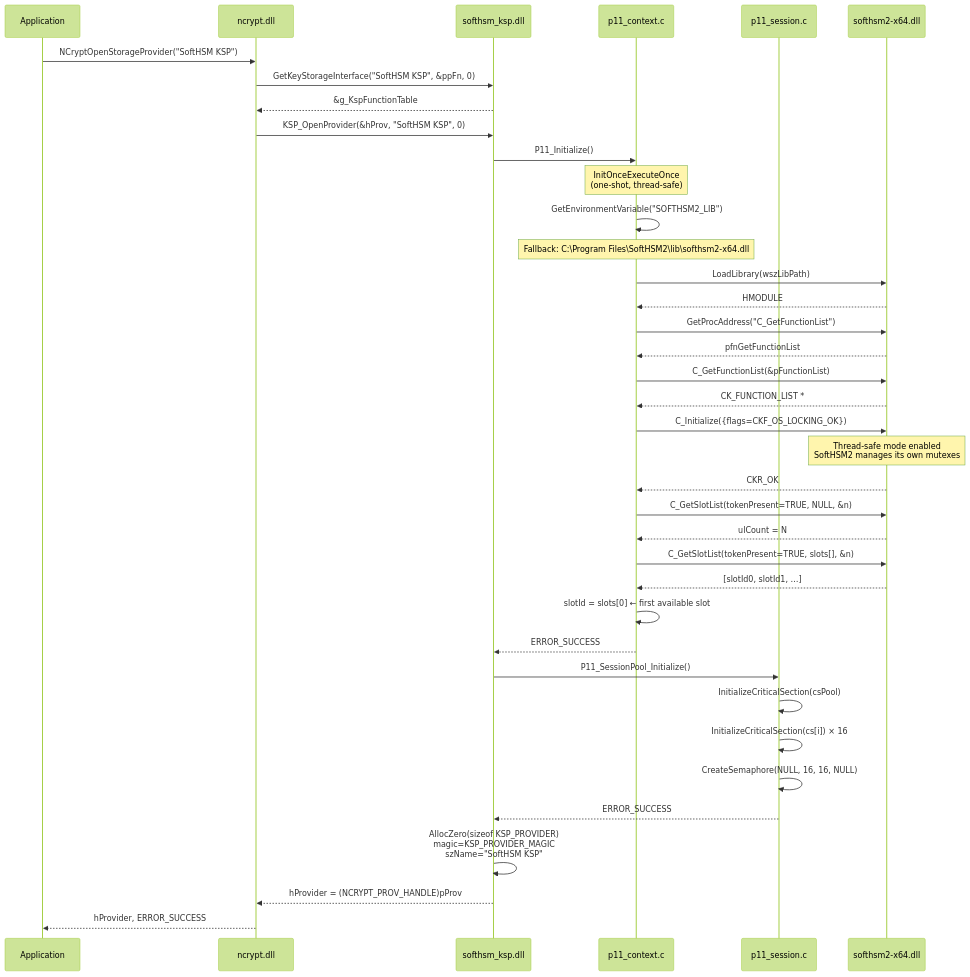
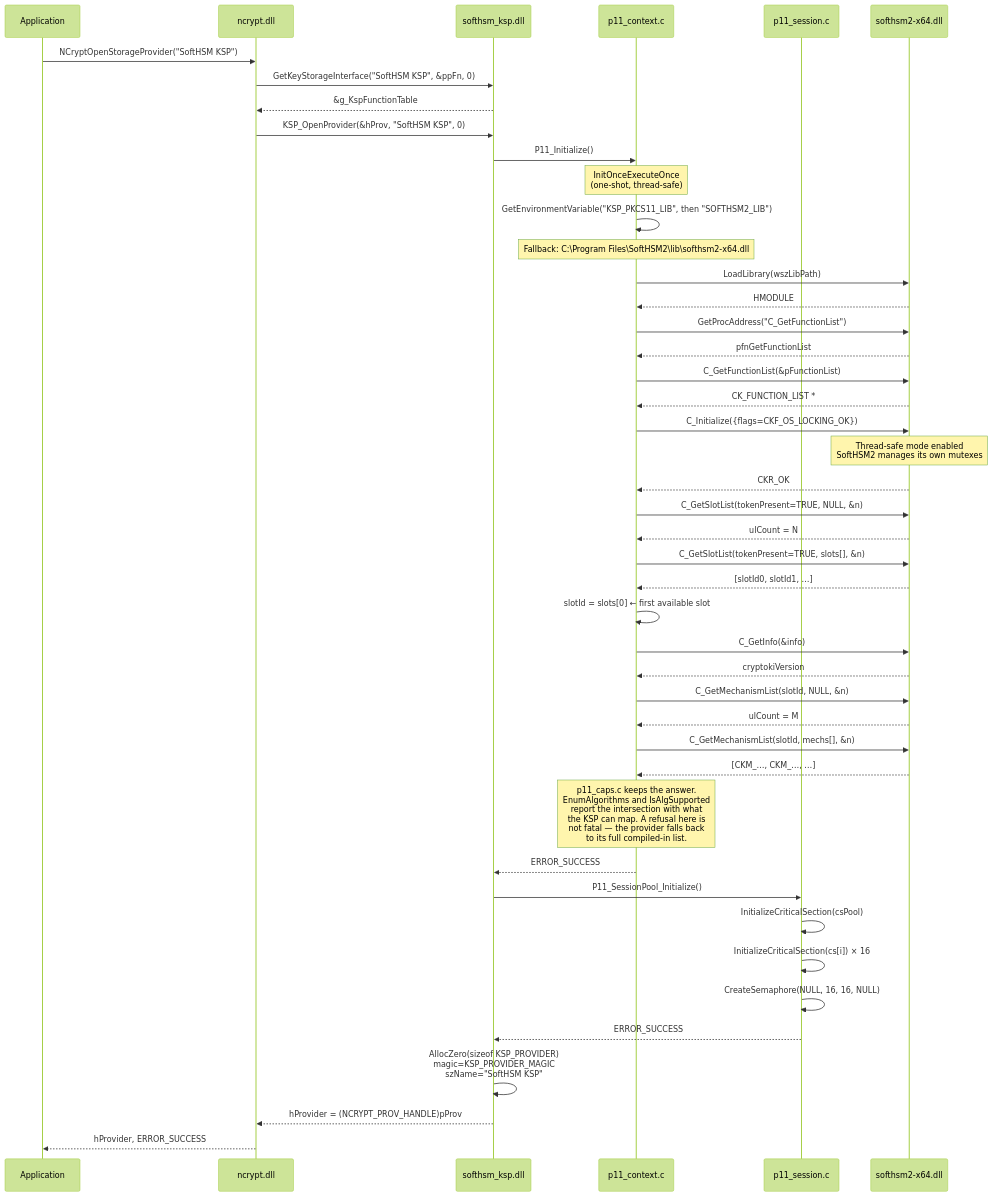
One commit to Gaillotte/Noida changed the first of 4 diagrams in softhsm_ksp/docs/02-initialisation.md. Above: the diagram before and after it, drawn with Mermaid (forest theme). The commit also changed other lines of this file and 31 other files, not shown here.

First line of the commit message:
Phase 4: ask the token what it can do, and reach ML-DSA when it can

````diff
--- a/softhsm_ksp/docs/02-initialisation.md
+++ b/softhsm_ksp/docs/02-initialisation.md
@@ -14,53 +14,64 @@
 ```mermaid
 sequenceDiagram
     participant App as Application
     participant NCrypt as ncrypt.dll
     participant KSP as softhsm_ksp.dll
     participant P11Ctx as p11_context.c
     participant Pool as p11_session.c
     participant HSM as softhsm2-x64.dll
 
     App->>NCrypt: NCryptOpenStorageProvider("SoftHSM KSP")
     NCrypt->>KSP: GetKeyStorageInterface("SoftHSM KSP", &ppFn, 0)
     KSP-->>NCrypt: &g_KspFunctionTable
 
     NCrypt->>KSP: KSP_OpenProvider(&hProv, "SoftHSM KSP", 0)
 
     KSP->>P11Ctx: P11_Initialize()
     note over P11Ctx: InitOnceExecuteOnce<br/>(one-shot, thread-safe)
 
-    P11Ctx->>P11Ctx: GetEnvironmentVariable("SOFTHSM2_LIB")
+    P11Ctx->>P11Ctx: GetEnvironmentVariable("KSP_PKCS11_LIB", then "SOFTHSM2_LIB")
     note over P11Ctx: Fallback: C:\Program Files\SoftHSM2\lib\softhsm2-x64.dll
 
     P11Ctx->>HSM: LoadLibrary(wszLibPath)
     HSM-->>P11Ctx: HMODULE
 
     P11Ctx->>HSM: GetProcAddress("C_GetFunctionList")
     HSM-->>P11Ctx: pfnGetFunctionList
 
     P11Ctx->>HSM: C_GetFunctionList(&pFunctionList)
     HSM-->>P11Ctx: CK_FUNCTION_LIST *
 
     P11Ctx->>HSM: C_Initialize({flags=CKF_OS_LOCKING_OK})
     note over HSM: Thread-safe mode enabled<br/>SoftHSM2 manages its own mutexes
     HSM-->>P11Ctx: CKR_OK
 
     P11Ctx->>HSM: C_GetSlotList(tokenPresent=TRUE, NULL, &n)
     HSM-->>P11Ctx: ulCount = N
 
     P11Ctx->>HSM: C_GetSlotList(tokenPresent=TRUE, slots[], &n)
     HSM-->>P11Ctx: [slotId0, slotId1, …]
 
     P11Ctx->>P11Ctx: slotId = slots[0]  ← first available slot
+
+    P11Ctx->>HSM: C_GetInfo(&info)
+    HSM-->>P11Ctx: cryptokiVersion
+
+    P11Ctx->>HSM: C_GetMechanismList(slotId, NULL, &n)
+    HSM-->>P11Ctx: ulCount = M
+
+    P11Ctx->>HSM: C_GetMechanismList(slotId, mechs[], &n)
+    HSM-->>P11Ctx: [CKM_…, CKM_…, …]
+    note over P11Ctx: p11_caps.c keeps the answer.<br/>EnumAlgorithms and IsAlgSupported<br/>report the intersection with what<br/>the KSP can map. A refusal here is<br/>not fatal — the provider falls back<br/>to its full compiled-in list.
+
     P11Ctx-->>KSP: ERROR_SUCCESS
 
     KSP->>Pool: P11_SessionPool_Initialize()
     Pool->>Pool: InitializeCriticalSection(csPool)
     Pool->>Pool: InitializeCriticalSection(cs[i]) × 16
     Pool->>Pool: CreateSemaphore(NULL, 16, 16, NULL)
     Pool-->>KSP: ERROR_SUCCESS
 
     KSP->>KSP: AllocZero(sizeof KSP_PROVIDER)<br/>magic=KSP_PROVIDER_MAGIC<br/>szName="SoftHSM KSP"
     KSP-->>NCrypt: hProvider = (NCRYPT_PROV_HANDLE)pProv
     NCrypt-->>App: hProvider, ERROR_SUCCESS
 ```
````
